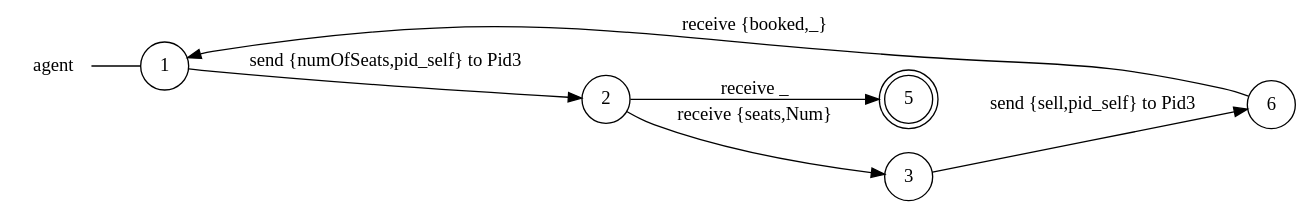
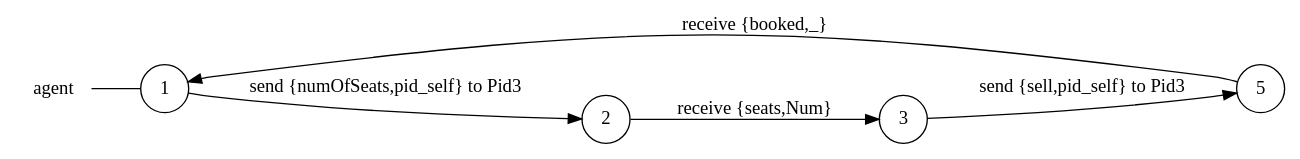
The diagram in examples/airline/agent_local_view.dot (gabrielegenovese/chorer), drawn with Graphviz before and after one commit. The commit also changed 8 other files, not shown here.

```diff
--- a/examples/airline/agent_local_view.dot
+++ b/examples/airline/agent_local_view.dot
@@ -1,16 +1,14 @@
 digraph agent {
 	rankdir="LR";
 	n_0 [label="agent", shape="plaintext"];
-	n_1 [id="5", shape=doublecircle, label="5"];
-	n_2 [id="6", shape=circle, label="6"];
-	n_3 [id="1", shape=circle, label="1"];
-	n_0 -> n_3 [arrowhead=none];
-	n_4 [id="2", shape=circle, label="2"];
-	n_5 [id="3", shape=circle, label="3"];
+	n_1 [id="5", shape=circle, label="5"];
+	n_2 [id="1", shape=circle, label="1"];
+	n_0 -> n_2 [arrowhead=none];
+	n_3 [id="2", shape=circle, label="2"];
+	n_4 [id="3", shape=circle, label="3"];
 
-	n_4 -> n_1 [id="[$e|0]", label="receive _"];
-	n_3 -> n_4 [id="[$e|5]", label="send {numOfSeats,pid_self} to Pid3"];
-	n_2 -> n_3 [id="[$e|6]", label="receive {booked,_}"];
-	n_4 -> n_5 [id="[$e|3]", label="receive {seats,Num}"];
-	n_5 -> n_2 [id="[$e|4]", label="send {sell,pid_self} to Pid3"];
+	n_3 -> n_4 [id="[$e|2]", label="receive {seats,Num}"];
+	n_1 -> n_2 [id="[$e|5]", label="receive {booked,_}"];
+	n_4 -> n_1 [id="[$e|3]", label="send {sell,pid_self} to Pid3"];
+	n_2 -> n_3 [id="[$e|4]", label="send {numOfSeats,pid_self} to Pid3"];
 }
```
